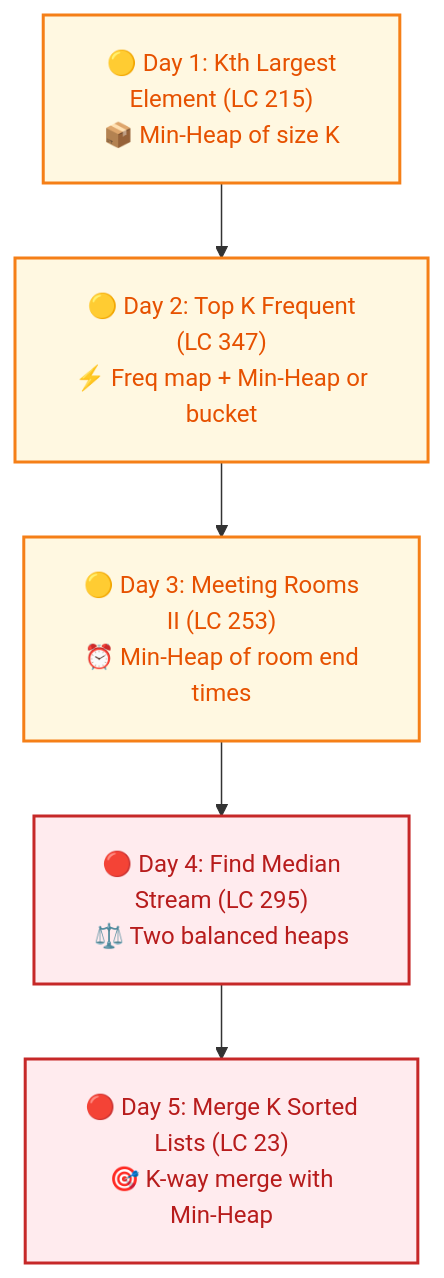
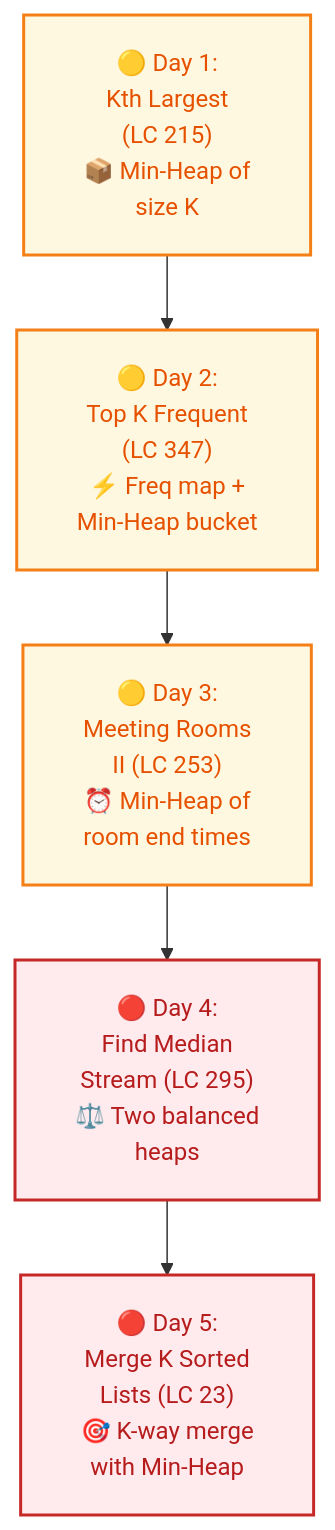
The sixth of 19 diagrams in Senior_dsa_question_list.md (dip4k/DSA_102), drawn with Mermaid before and after one commit. The commit also changed other lines of this file and 106 other files, not shown here.

First line of the commit message:
fix(mermaid): prevent text clipping with foreignObject overflow and tighter line wrapping

````diff
--- a/Senior_dsa_question_list.md
+++ b/Senior_dsa_question_list.md
@@ -226,15 +226,15 @@
 ```mermaid
-%%{init: {"flowchart": {"htmlLabels": true, "padding": 20}}}%%
+%%{init: {"flowchart": {"htmlLabels": true, "padding": 20}, "themeCSS": "foreignObject { overflow: visible !important; }"}}%%
 flowchart TD
     classDef startNode fill:#e8f5e9,stroke:#2e7d32,stroke-width:2px,color:#1b5e20
     classDef midNode fill:#fff8e1,stroke:#f57f17,stroke-width:2px,color:#e65100
     classDef hardNode fill:#ffebee,stroke:#c62828,stroke-width:2px,color:#b71c1c
 
-    A["🟡 Day 1: Kth Largest<br/>Element (LC 215)<br/>📦 Min-Heap of size K"]:::midNode
-    B["🟡 Day 2: Top K Frequent<br/>(LC 347)<br/>⚡ Freq map + Min-Heap or<br/>bucket"]:::midNode
-    C["🟡 Day 3: Meeting Rooms<br/>II (LC 253)<br/>⏰ Min-Heap of room end<br/>times"]:::midNode
-    D["🔴 Day 4: Find Median<br/>Stream (LC 295)<br/>⚖️ Two balanced heaps"]:::hardNode
-    E["🔴 Day 5: Merge K Sorted<br/>Lists (LC 23)<br/>🎯 K-way merge with<br/>Min-Heap"]:::hardNode
+    A["🟡 Day 1:<br/>Kth Largest<br/>(LC 215)<br/>📦 Min-Heap of<br/>size K"]:::midNode
+    B["🟡 Day 2:<br/>Top K Frequent<br/>(LC 347)<br/>⚡ Freq map +<br/>Min-Heap bucket"]:::midNode
+    C["🟡 Day 3:<br/>Meeting Rooms<br/>II (LC 253)<br/>⏰ Min-Heap of<br/>room end times"]:::midNode
+    D["🔴 Day 4:<br/>Find Median<br/>Stream (LC 295)<br/>⚖️ Two balanced<br/>heaps"]:::hardNode
+    E["🔴 Day 5:<br/>Merge K Sorted<br/>Lists (LC 23)<br/>🎯 K-way merge<br/>with Min-Heap"]:::hardNode
 
     A --> B --> C --> D --> E
 ```
````
